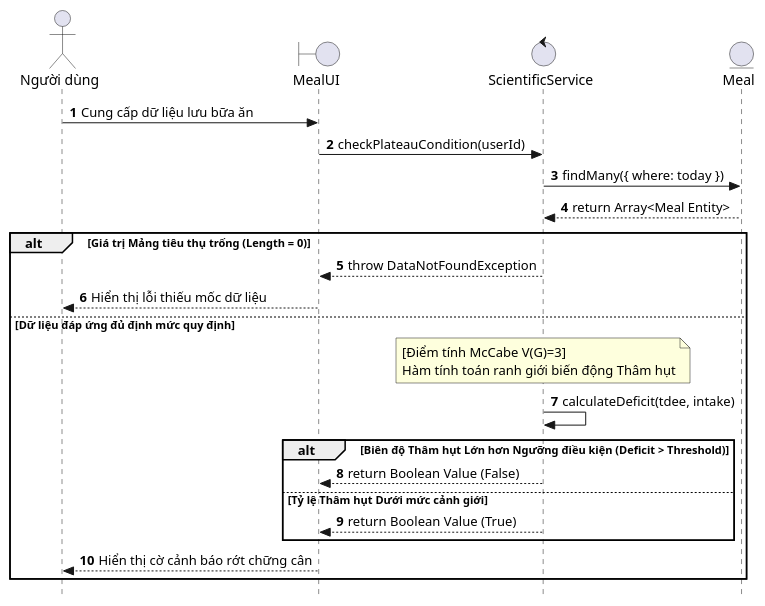
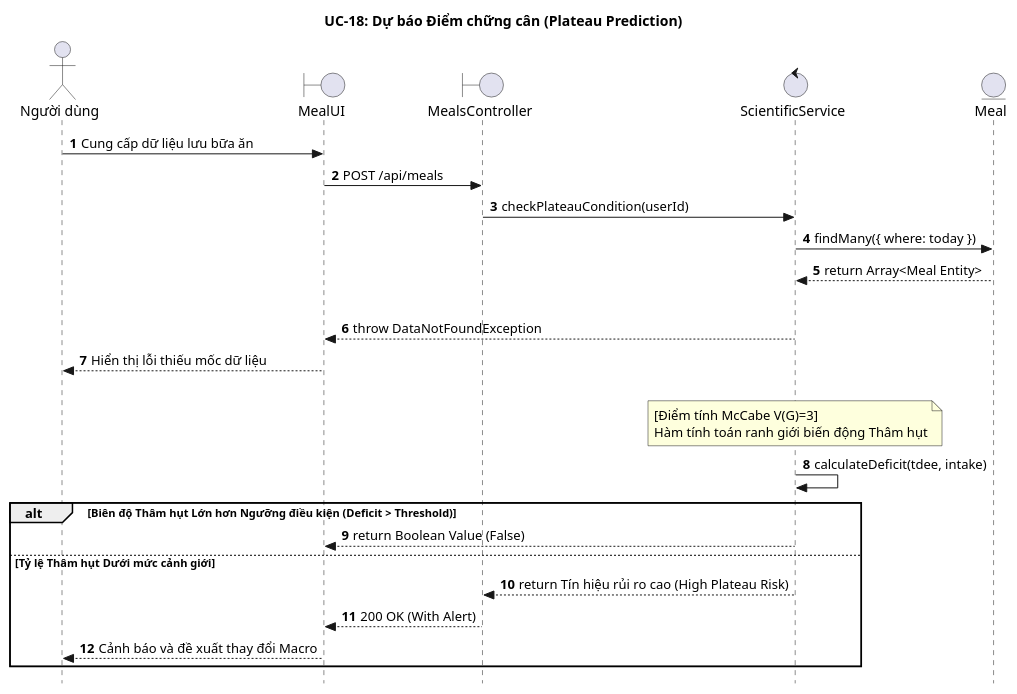
The first of 2 diagrams in docs/reports/VnV_UC18_Plateau_Prediction.md (MinhTriet0612/CalAIClone), drawn with PlantUML before and after one commit. The commit also changed other lines of this file and 23 other files, not shown here.

````diff
--- a/docs/reports/VnV_UC18_Plateau_Prediction.md
+++ b/docs/reports/VnV_UC18_Plateau_Prediction.md
@@ -51,36 +51,38 @@
 ```plantuml
 @startuml
+title UC-18: Dự báo Điểm chững cân (Plateau Prediction)
 autonumber
 skinparam style strictuml
 
 actor "Người dùng" as Actor
 boundary "MealUI" as UI
+boundary "MealsController" as API
 control "ScientificService" as Logic
 entity "Meal" as Entity
 
 Actor -> UI : Cung cấp dữ liệu lưu bữa ăn
-UI -> Logic : checkPlateauCondition(userId)
+UI -> API : POST /api/meals
+API -> Logic : checkPlateauCondition(userId)
 
 Logic -> Entity : findMany({ where: today })
 Entity --> Logic : return Array<Meal Entity>
 
 alt Giá trị Mảng tiêu thụ trống (Length = 0)
     Logic --> UI : throw DataNotFoundException
     UI --> Actor : Hiển thị lỗi thiếu mốc dữ liệu
 else Dữ liệu đáp ứng đủ định mức quy định
     note over Logic
         [Điểm tính McCabe V(G)=3]
         Hàm tính toán ranh giới biến động Thâm hụt
     end note
     Logic -> Logic : calculateDeficit(tdee, intake)
     
     alt Biên độ Thâm hụt Lớn hơn Ngưỡng điều kiện (Deficit > Threshold)
         Logic --> UI : return Boolean Value (False)
     else Tỷ lệ Thâm hụt Dưới mức cảnh giới
-        Logic --> UI : return Boolean Value (True)
-    end
-    
-    UI --> Actor : Hiển thị cờ cảnh báo rớt chững cân
+        Logic --> API : return Tín hiệu rủi ro cao (High Plateau Risk)
+    API --> UI : 200 OK (With Alert)
+    UI --> Actor : Cảnh báo và đề xuất thay đổi Macro
 end
 @enduml
 ```
````
